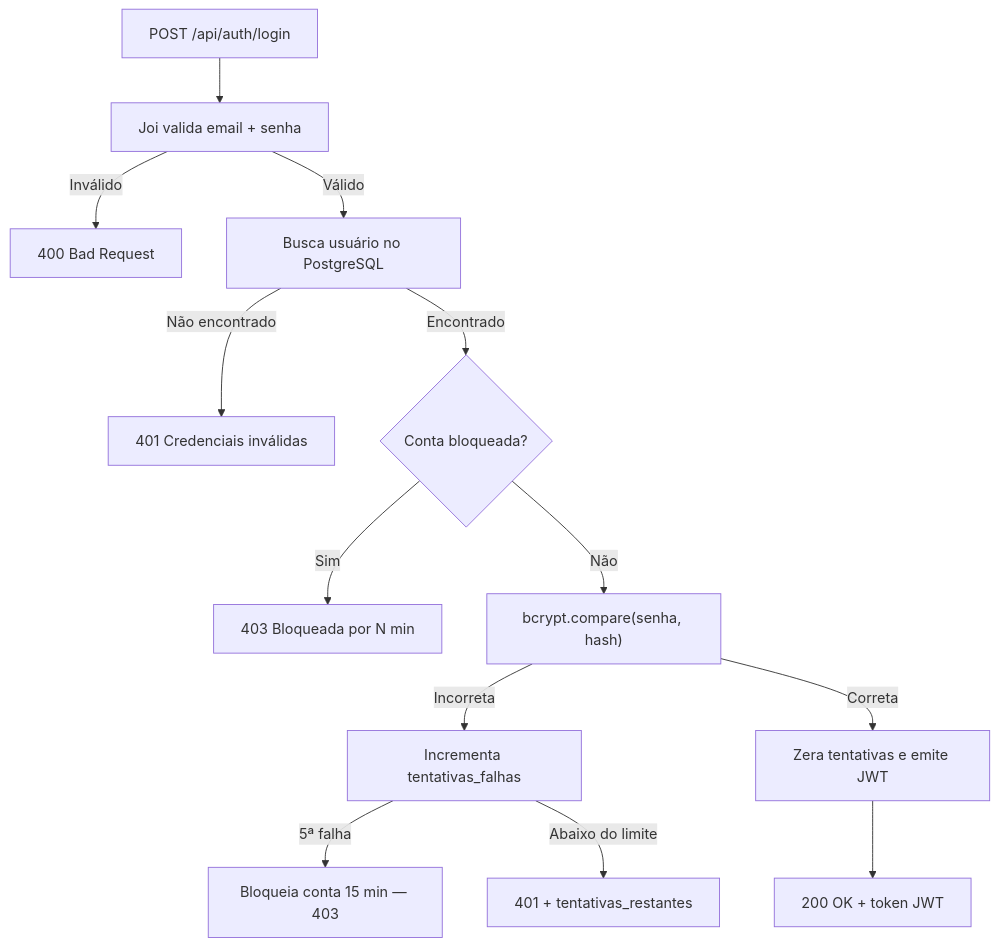
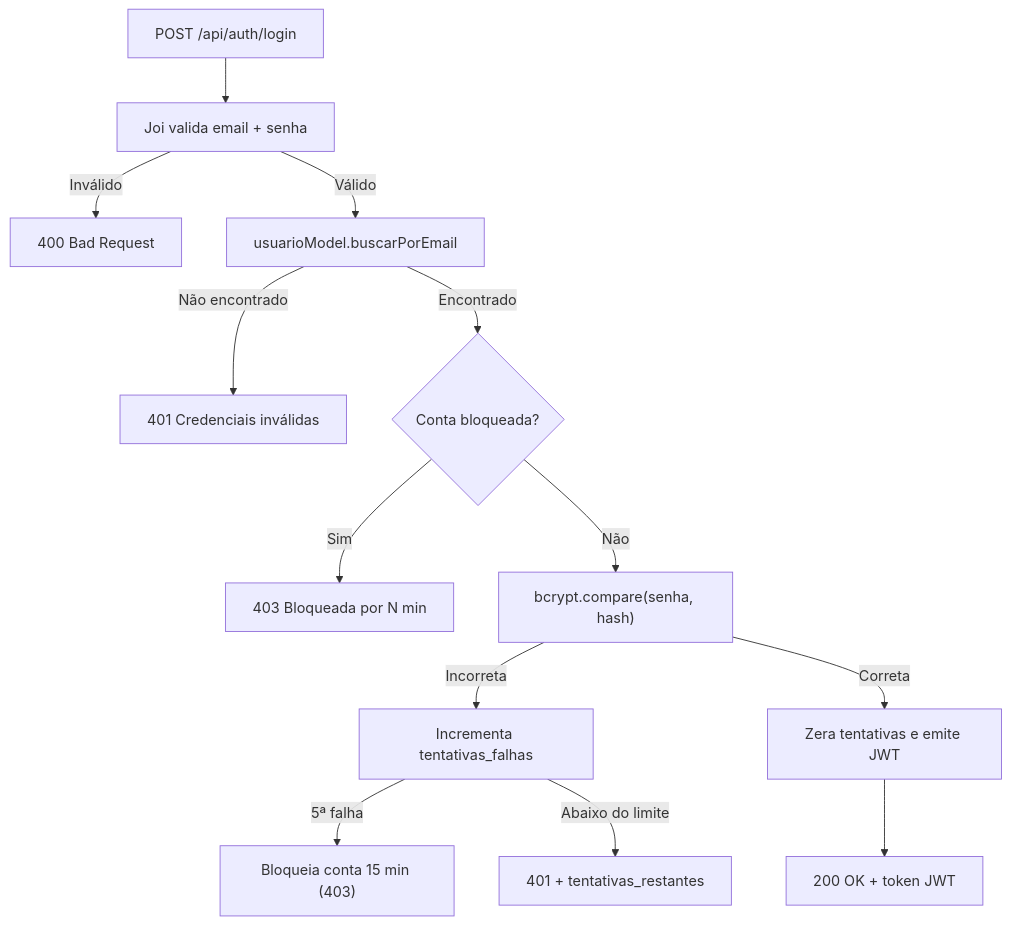
One commit to DaviAravechiaFMP/sistemaDeDoacoesBack changed the first of 3 diagrams in README.md. Above: the diagram before and after it, drawn with Mermaid. The commit also changed other lines of this file and 5 other files, not shown here.

````diff
--- a/README.md
+++ b/README.md
@@ -105,15 +122,15 @@
 ```mermaid
 flowchart TD
     A["POST /api/auth/login"] --> B["Joi valida email + senha"]
     B -->|Inválido| C["400 Bad Request"]
-    B -->|Válido| D["Busca usuário no PostgreSQL"]
+    B -->|Válido| D["usuarioModel.buscarPorEmail"]
     D -->|Não encontrado| E["401 Credenciais inválidas"]
     D -->|Encontrado| F{"Conta bloqueada?"}
     F -->|Sim| G["403 Bloqueada por N min"]
     F -->|Não| H["bcrypt.compare(senha, hash)"]
     H -->|Incorreta| I["Incrementa tentativas_falhas"]
-    I -->|5ª falha| J["Bloqueia conta 15 min — 403"]
+    I -->|5ª falha| J["Bloqueia conta 15 min (403)"]
     I -->|Abaixo do limite| K["401 + tentativas_restantes"]
     H -->|Correta| L["Zera tentativas e emite JWT"]
     L --> M["200 OK + token JWT"]
 ```
````
